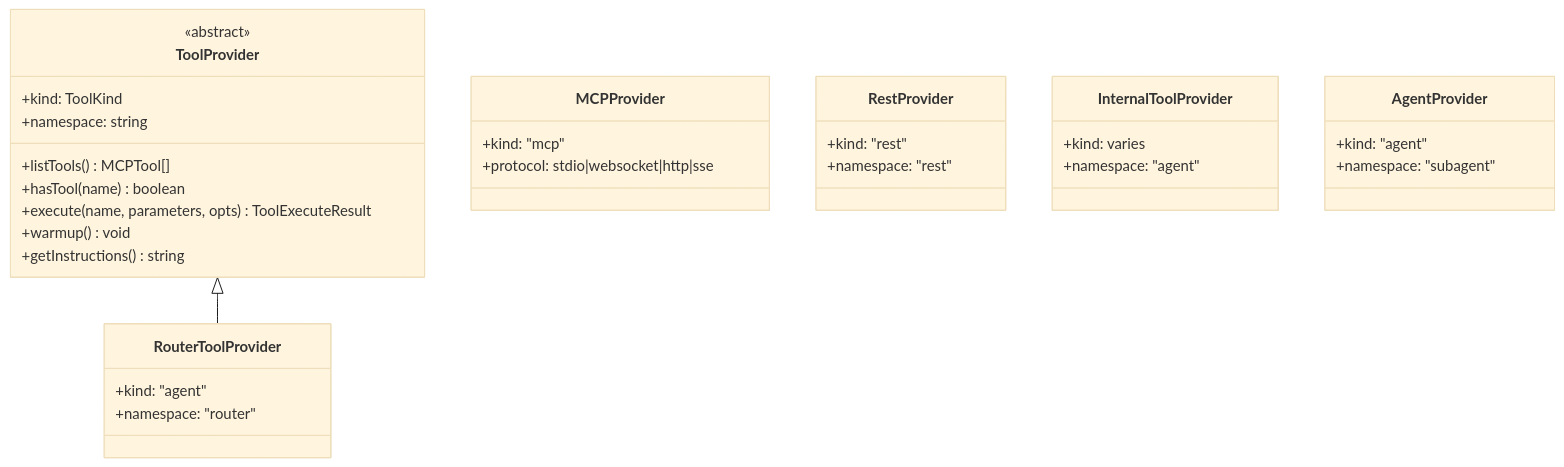
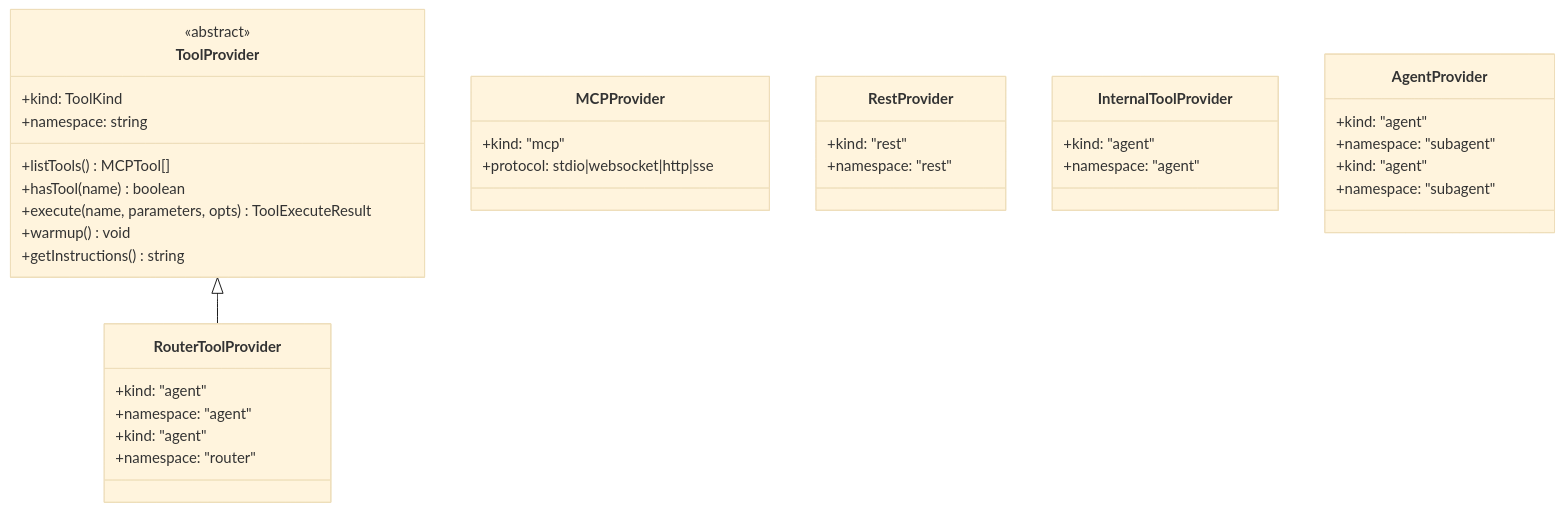
The first of 6 diagrams in docs/Technical-Specs-Tool-System.md (netdata/netdata), drawn with Mermaid (base theme) before and after one commit. The commit also changed other lines of this file and 60 other files, not shown here.

````diff
--- a/docs/Technical-Specs-Tool-System.md
+++ b/docs/Technical-Specs-Tool-System.md
@@ -48,40 +48,50 @@
 ```mermaid
 classDiagram
     class ToolProvider {
         <<abstract>>
         +kind: ToolKind
         +namespace: string
         +listTools() MCPTool[]
         +hasTool(name) boolean
         +execute(name, parameters, opts) ToolExecuteResult
         +warmup() void
         +getInstructions() string
     }
 
     class MCPProvider {
         +kind: "mcp"
         +protocol: stdio|websocket|http|sse
     }
 
     class RestProvider {
         +kind: "rest"
         +namespace: "rest"
     }
 
     class InternalToolProvider {
-        +kind: varies
+        +kind: "agent"
+        +namespace: "agent"
+    }
+
+    class AgentProvider {
+        +kind: "agent"
+        +namespace: "subagent"
+    }
+
+    class RouterToolProvider {
+        +kind: "agent"
         +namespace: "agent"
     }
 
     class AgentProvider {
         +kind: "agent"
         +namespace: "subagent"
     }
 
     class RouterToolProvider {
         +kind: "agent"
         +namespace: "router"
     }
 
     ToolProvider <|-- RouterToolProvider
 ```
````
